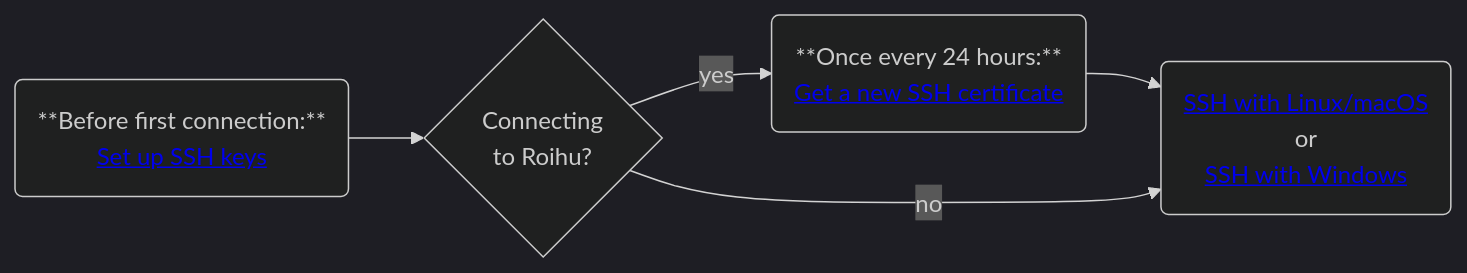
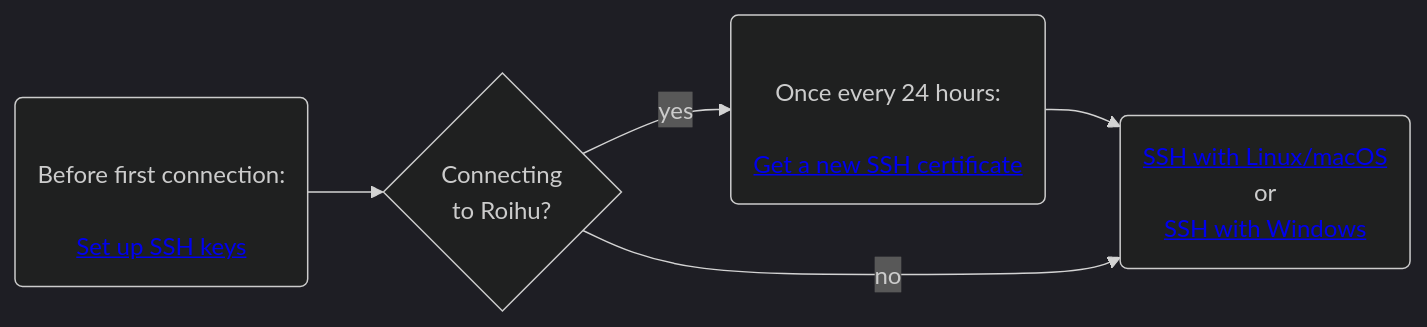
One commit to CSCfi/csc-user-guide changed the diagram in docs/computing/connecting/index.md. Above: the diagram before and after it, drawn with Mermaid (dark theme).

````diff
--- a/docs/computing/connecting/index.md
+++ b/docs/computing/connecting/index.md
@@ -50,13 +50,13 @@
 ```mermaid
 flowchart LR
-    A(**Before first connection:**
+    A(<br>Before first connection:</br>
       <a href='ssh-keys/'>Set up SSH keys</a>)
     A --> B{Connecting
             to Roihu?}
-    B -->|yes| C(**Once every 24 hours:**
+    B -->|yes| C(<br>Once every 24 hours:</br>
                  <a href='ssh-keys/#signing-public-key'>Get a new SSH certificate</a>)
     C --> D(<a href='ssh-unix/'>SSH with Linux/macOS</a>
             or
             <a href='ssh-windows/'>SSH with Windows</a>)
     B -->|no| D
 ```
````
